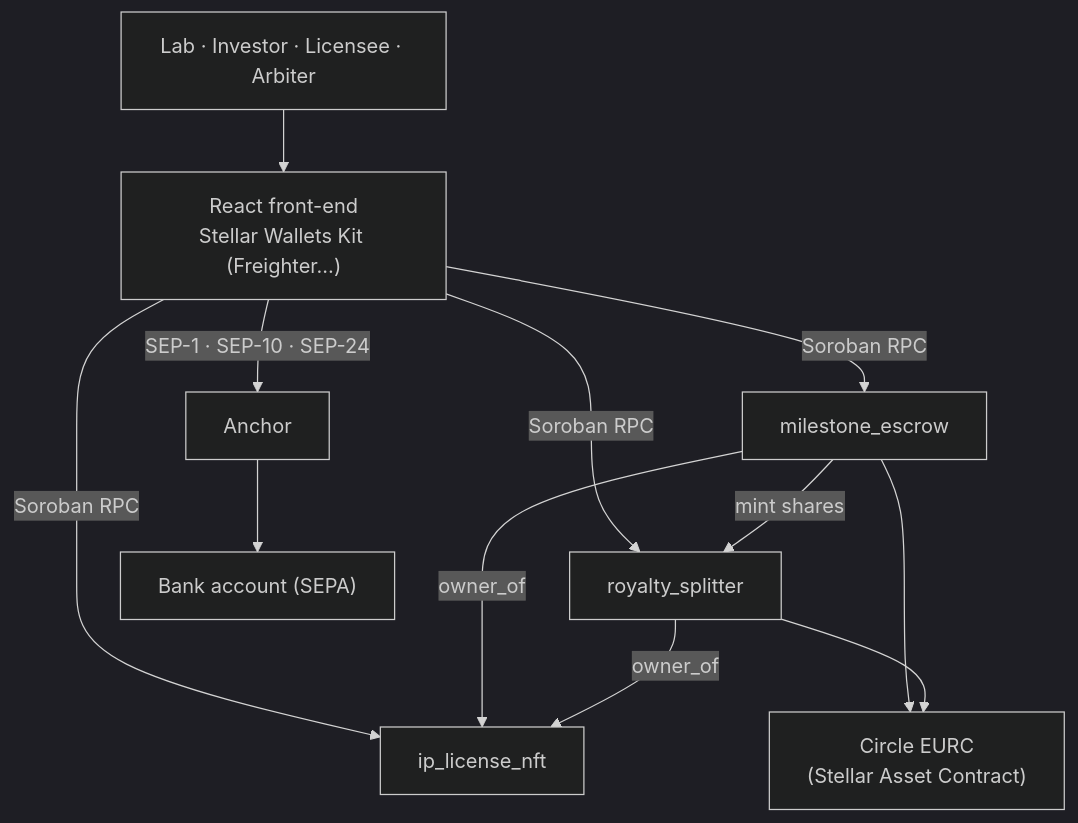
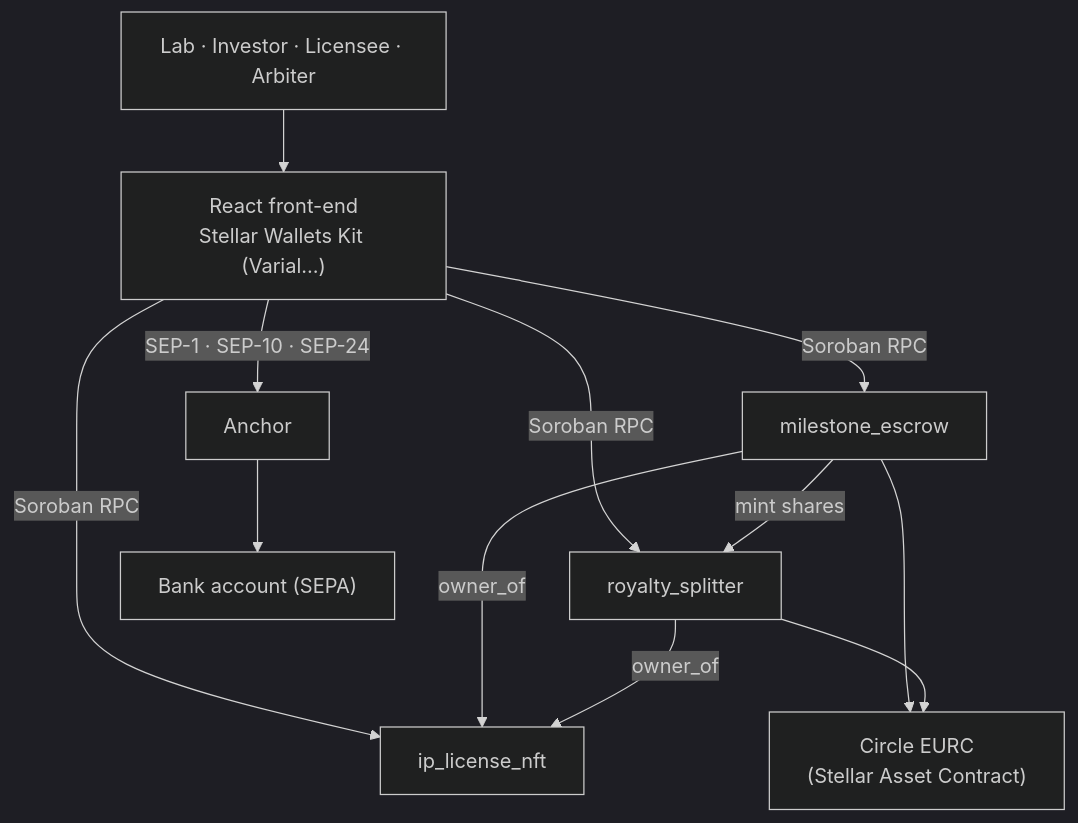
Before and after one commit to Team-hackmeridian-2026/Hackmeridian2026: the diagram in README.md, drawn with Mermaid (dark theme). The commit also changed other lines of this file and 9 other files, not shown here.

Commit message:
Call the wallet Varial, its name since Freighter's rebrand

````diff
--- a/README.md
+++ b/README.md
@@ -73,14 +73,14 @@
 ```mermaid
 flowchart TB
-    U["Lab · Investor · Licensee · Arbiter"] --> F["React front-end<br/>Stellar Wallets Kit (Freighter…)"]
+    U["Lab · Investor · Licensee · Arbiter"] --> F["React front-end<br/>Stellar Wallets Kit (Varial…)"]
     F -->|"Soroban RPC"| NFT["ip_license_nft"]
     F -->|"Soroban RPC"| ESC["milestone_escrow"]
     F -->|"Soroban RPC"| SPL["royalty_splitter"]
     ESC -->|"mint shares"| SPL
     ESC -->|"owner_of"| NFT
     SPL -->|"owner_of"| NFT
     ESC --> EURC["Circle EURC<br/>(Stellar Asset Contract)"]
     SPL --> EURC
     F -->|"SEP-1 · SEP-10 · SEP-24"| A["Anchor"]
     A --> B["Bank account (SEPA)"]
 ```
````
